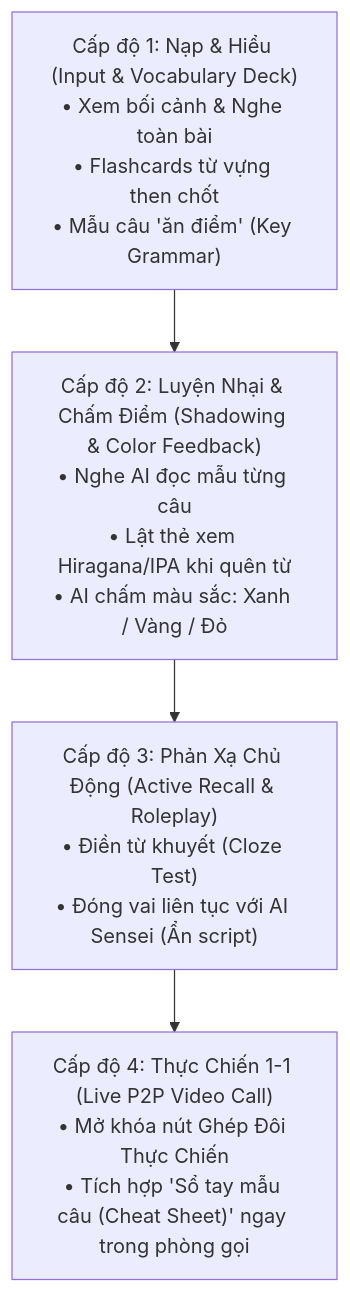
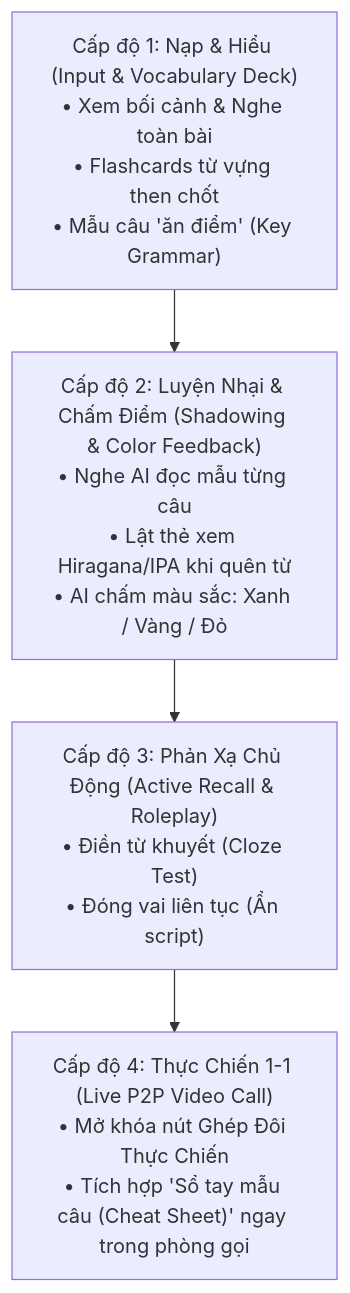
One commit to pnthau/video_call_marching changed the diagram in docs/specs/spec_learner_absorption_ux_flow.md. Above: the diagram before and after it, drawn with Mermaid. The commit also changed 127 other files, not shown here.

````diff
--- a/docs/specs/spec_learner_absorption_ux_flow.md
+++ b/docs/specs/spec_learner_absorption_ux_flow.md
@@ -17,6 +17,6 @@
 ```mermaid
 graph TD
     A["Cấp độ 1: Nạp & Hiểu (Input & Vocabulary Deck)<br/>• Xem bối cảnh & Nghe toàn bài<br/>• Flashcards từ vựng then chốt<br/>• Mẫu câu 'ăn điểm' (Key Grammar)"] --> B["Cấp độ 2: Luyện Nhại & Chấm Điểm (Shadowing & Color Feedback)<br/>• Nghe AI đọc mẫu từng câu<br/>• Lật thẻ xem Hiragana/IPA khi quên từ<br/>• AI chấm màu sắc: Xanh / Vàng / Đỏ"]
-    B --> C["Cấp độ 3: Phản Xạ Chủ Động (Active Recall & Roleplay)<br/>• Điền từ khuyết (Cloze Test)<br/>• Đóng vai liên tục với AI Sensei (Ẩn script)"]
+    B --> C["Cấp độ 3: Phản Xạ Chủ Động (Active Recall & Roleplay)<br/>• Điền từ khuyết (Cloze Test)<br/>• Đóng vai liên tục (Ẩn script)"]
     C --> D["Cấp độ 4: Thực Chiến 1-1 (Live P2P Video Call)<br/>• Mở khóa nút Ghép Đôi Thực Chiến<br/>• Tích hợp 'Sổ tay mẫu câu (Cheat Sheet)' ngay trong phòng gọi"]
 ```
````
